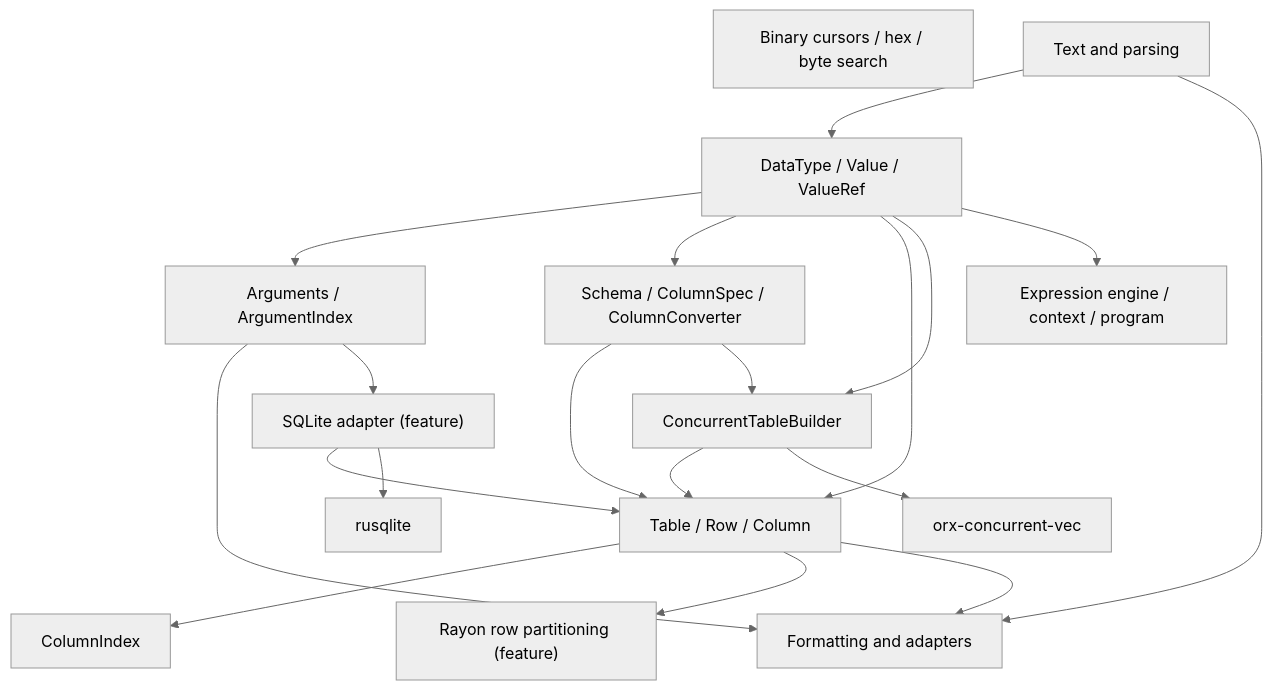
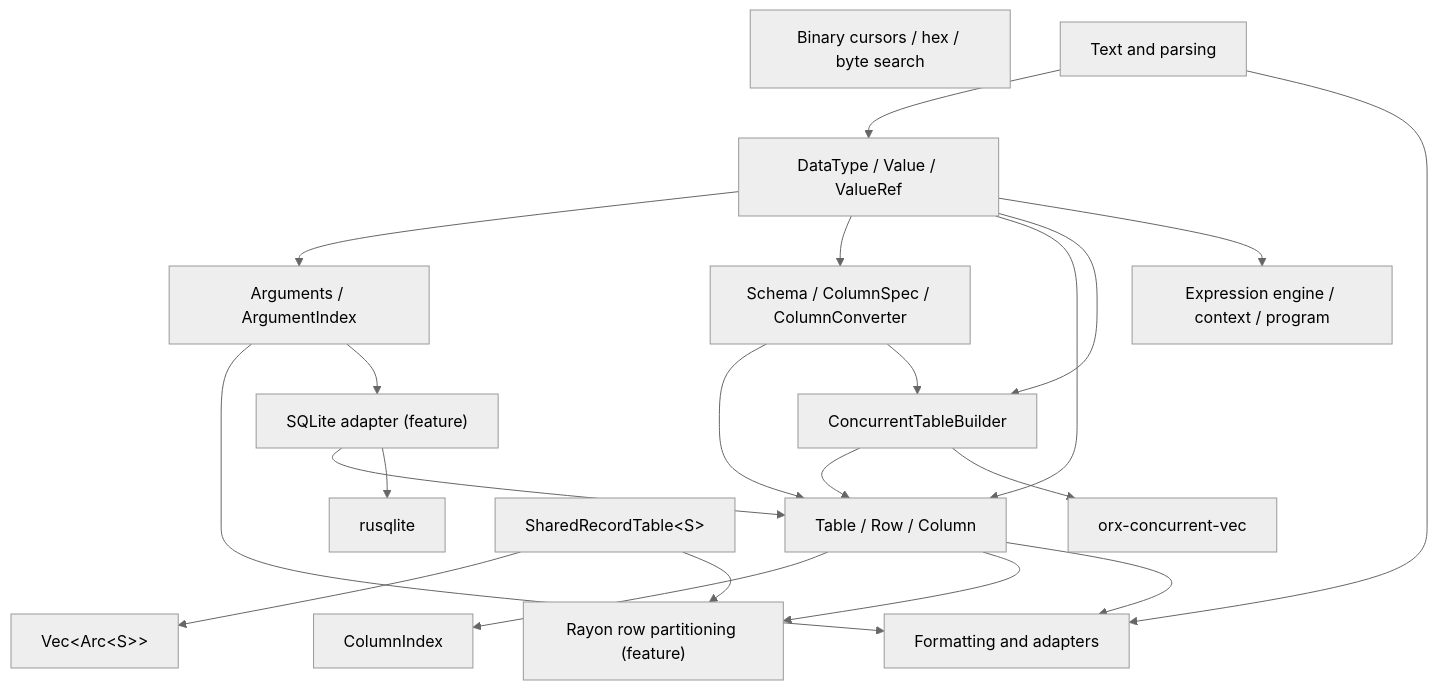
One commit to kjn-void/gd-rs changed the first of 3 diagrams in docs/high-level/architecture.md. Above: the diagram before and after it, drawn with Mermaid (neutral theme). The commit also changed other lines of this file and 43 other files, not shown here.

First line of the commit message:
Add shared record tables and whole-record filter-copy benchmarks

````diff
--- a/docs/high-level/architecture.md
+++ b/docs/high-level/architecture.md
@@ -14,22 +14,24 @@
 ```mermaid
 flowchart TD
     Value["DataType / Value / ValueRef"] --> Arguments["Arguments / ArgumentIndex"]
     Value --> Schema["Schema / ColumnSpec / ColumnConverter"]
     Schema --> Table["Table / Row / Column"]
     Value --> Table
     Schema --> Builder["ConcurrentTableBuilder"]
     Value --> Builder
     Builder --> Table
     Builder --> Orx["orx-concurrent-vec"]
     Table --> ColumnIndex["ColumnIndex"]
     Table --> Rayon["Rayon row partitioning (feature)"]
+    SharedRecords["SharedRecordTable&lt;S&gt;"] --> ArcRecords["Vec&lt;Arc&lt;S&gt;&gt;"]
+    SharedRecords --> Rayon
     Binary["Binary cursors / hex / byte search"]
     Text["Text and parsing"] --> Value
     Value --> Expression["Expression engine / context / program"]
     Arguments --> Formatting["Formatting and adapters"]
     Table --> Formatting
     Text --> Formatting
     Arguments --> SQLite["SQLite adapter (feature)"]
     SQLite --> Table
     SQLite --> Rusqlite["rusqlite"]
 ```
````
